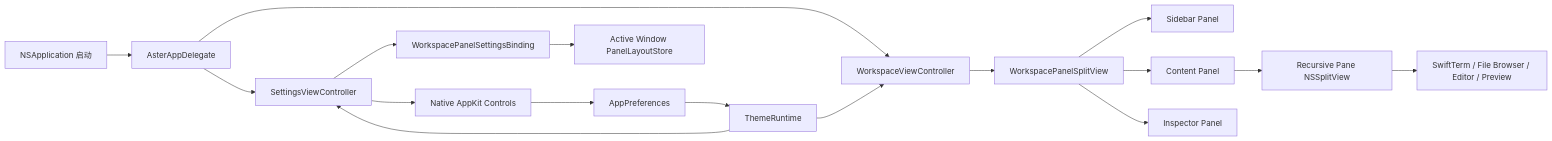
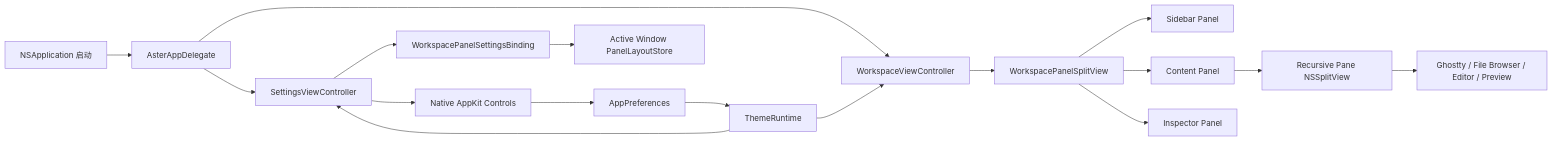
Before and after one commit to rambocode/aster: the diagram in docs/developer/appkit-interface.md, drawn with Mermaid. The commit also changed other lines of this file and 29 other files, not shown here.

````diff
--- a/docs/developer/appkit-interface.md
+++ b/docs/developer/appkit-interface.md
@@ -39,19 +39,19 @@
 ```mermaid
 flowchart LR
   A[NSApplication 启动] --> B[AsterAppDelegate]
   B --> C[WorkspaceViewController]
   B --> D[SettingsViewController]
   C --> E[WorkspacePanelSplitView]
   E --> F[Sidebar Panel]
   E --> G[Content Panel]
   E --> H[Inspector Panel]
   G --> I[Recursive Pane NSSplitView]
-  I --> J[SwiftTerm / File Browser / Editor / Preview]
+  I --> J[Ghostty / File Browser / Editor / Preview]
   D --> O[Native AppKit Controls]
   D --> K[WorkspacePanelSettingsBinding]
   O --> L[AppPreferences]
   K --> M[Active Window PanelLayoutStore]
   L --> N[ThemeRuntime]
   N --> C
   N --> D
 ```
````
